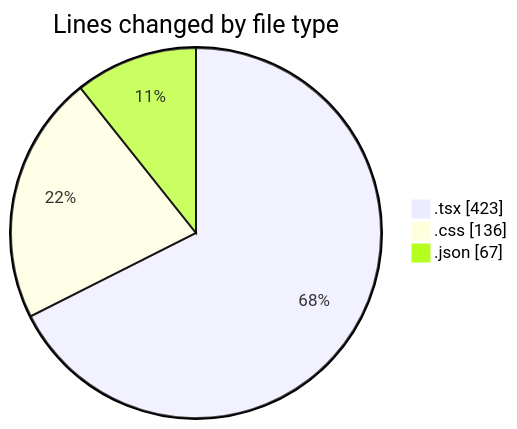
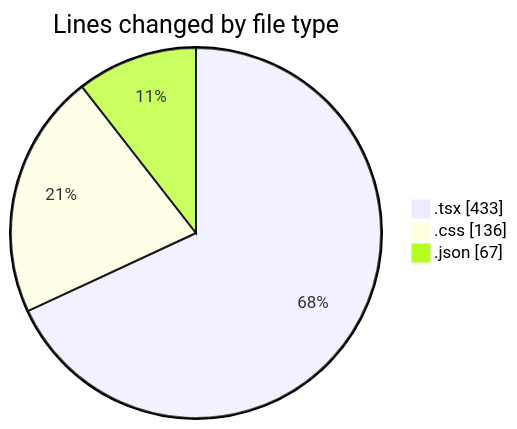
The first of 2 diagrams in 2025-01-08/mbc-web/README.md (robertbonfada/code-tracking), drawn with Mermaid before and after one commit. The commit also changed other lines of this file and 1 other file, not shown here.

````diff
--- a/2025-01-08/mbc-web/README.md
+++ b/2025-01-08/mbc-web/README.md
@@ -32,7 +32,7 @@
 ```mermaid
 pie showData
 title Lines changed by file type
-".tsx" : 423
+".tsx" : 433
 ".css" : 136
 ".json" : 67
 ```
````
